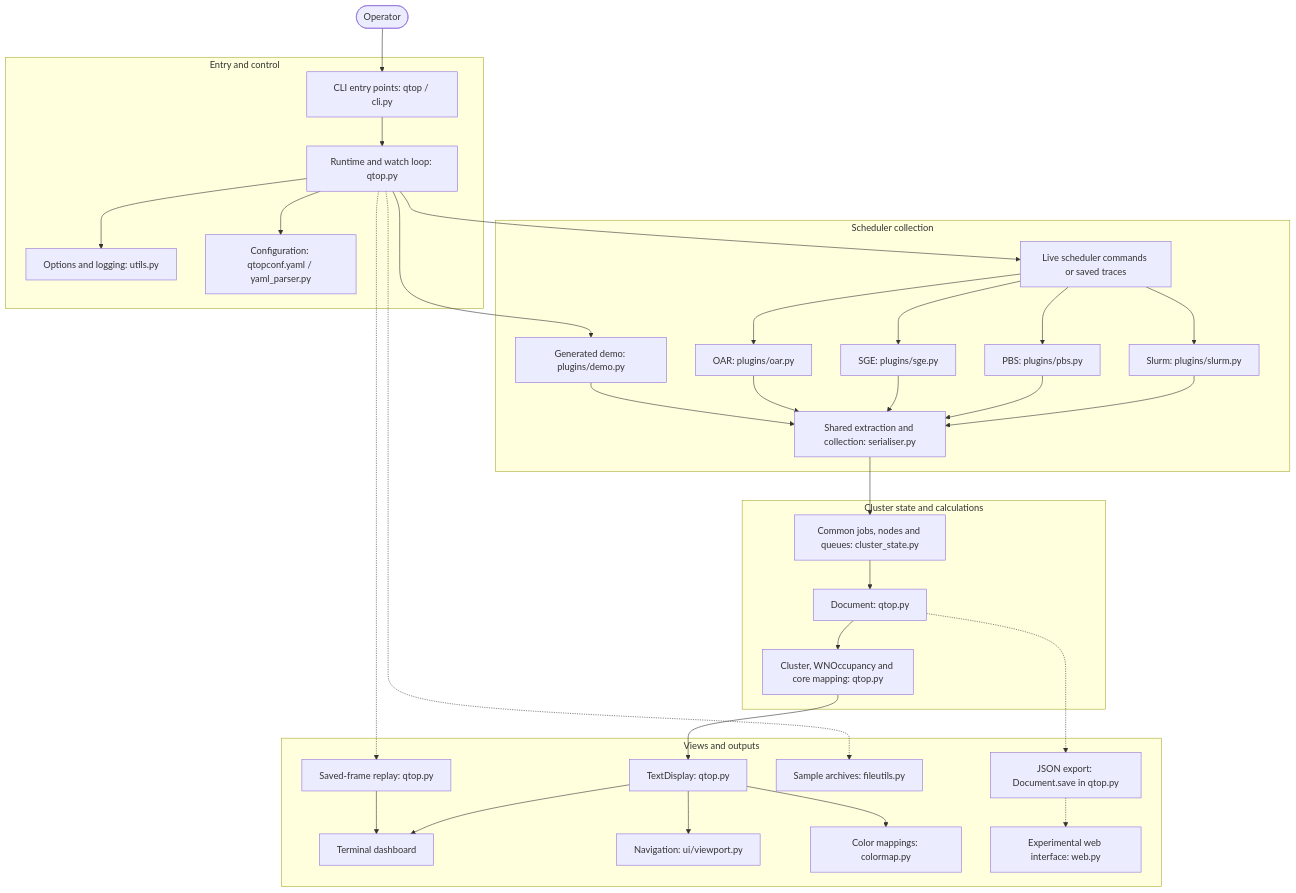
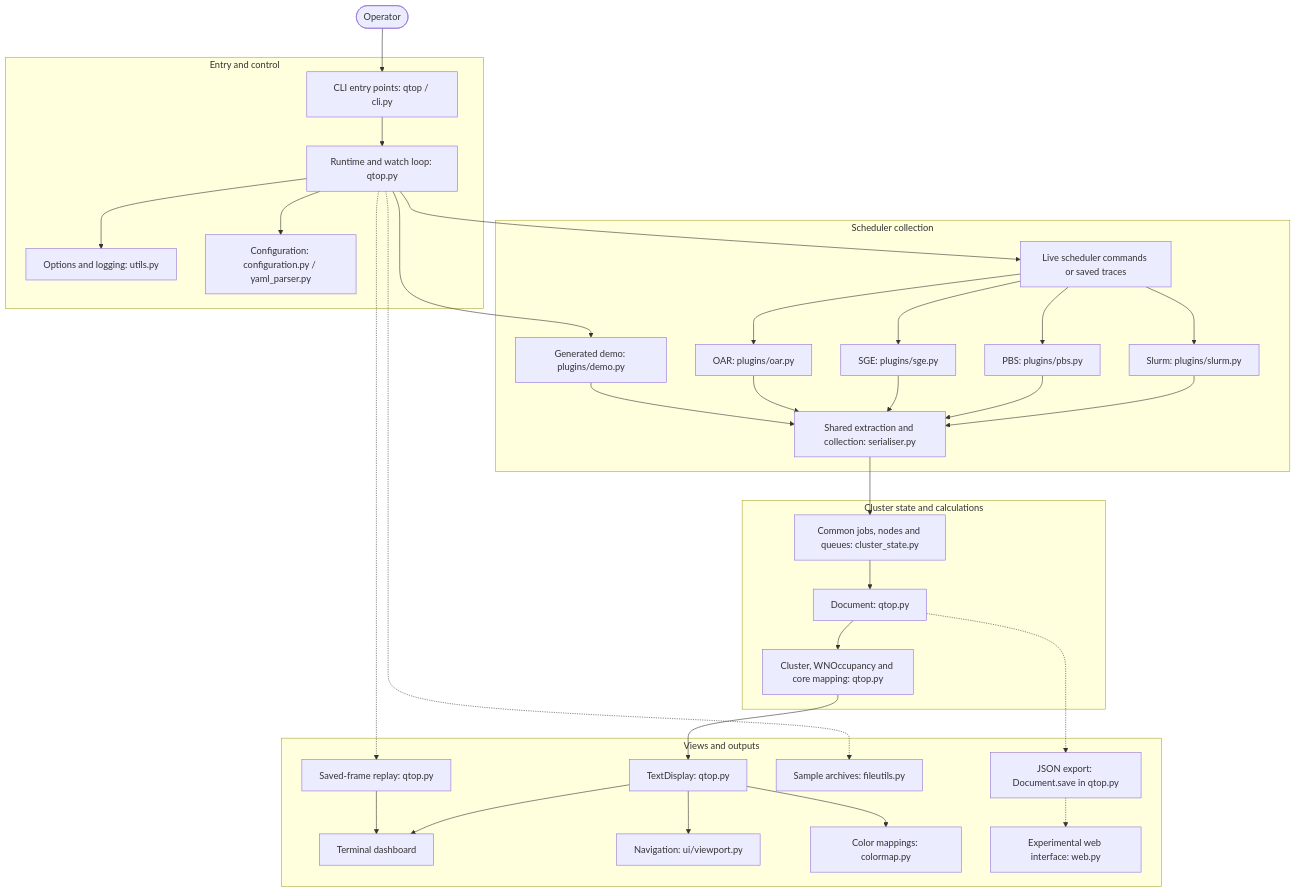
Before and after one commit to qtop/qtop: the diagram in docs/architecture.md, drawn with Mermaid. The commit also changed other lines of this file and 13 other files, not shown here.

````diff
--- a/docs/architecture.md
+++ b/docs/architecture.md
@@ -16,65 +16,65 @@
 ```mermaid
 flowchart TB
     operator([Operator])
 
     subgraph entry["Entry and control"]
         cli["CLI entry points: qtop / cli.py"]
         runtime["Runtime and watch loop: qtop.py"]
         options["Options and logging: utils.py"]
-        config["Configuration: qtopconf.yaml / yaml_parser.py"]
+        config["Configuration: configuration.py / yaml_parser.py"]
         cli --> runtime
         runtime --> options
         runtime --> config
     end
     operator --> cli
 
     subgraph collection["Scheduler collection"]
         files["Live scheduler commands or saved traces"]
         slurm["Slurm: plugins/slurm.py"]
         pbs["PBS: plugins/pbs.py"]
         sge["SGE: plugins/sge.py"]
         oar["OAR: plugins/oar.py"]
         demo["Generated demo: plugins/demo.py"]
         shared["Shared extraction and collection: serialiser.py"]
         files --> slurm
         files --> pbs
         files --> sge
         files --> oar
         slurm --> shared
         pbs --> shared
         sge --> shared
         oar --> shared
         demo --> shared
     end
     runtime --> files
     runtime --> demo
 
     subgraph state["Cluster state and calculations"]
         model["Common jobs, nodes and queues: cluster_state.py"]
         document["Document: qtop.py"]
         calculations["Cluster, WNOccupancy and core mapping: qtop.py"]
         model --> document
         document --> calculations
     end
     shared --> model
 
     subgraph outputs["Views and outputs"]
         render["TextDisplay: qtop.py"]
         terminal["Terminal dashboard"]
         viewport["Navigation: ui/viewport.py"]
         colors["Color mappings: colormap.py"]
         json["JSON export: Document.save in qtop.py"]
         capture["Sample archives: fileutils.py"]
         replay["Saved-frame replay: qtop.py"]
         web["Experimental web interface: web.py"]
         render --> terminal
         render --> viewport
         render --> colors
         json -.-> web
         replay --> terminal
     end
     calculations --> render
     document -.-> json
     runtime -.-> capture
     runtime -.-> replay
 ```
````
